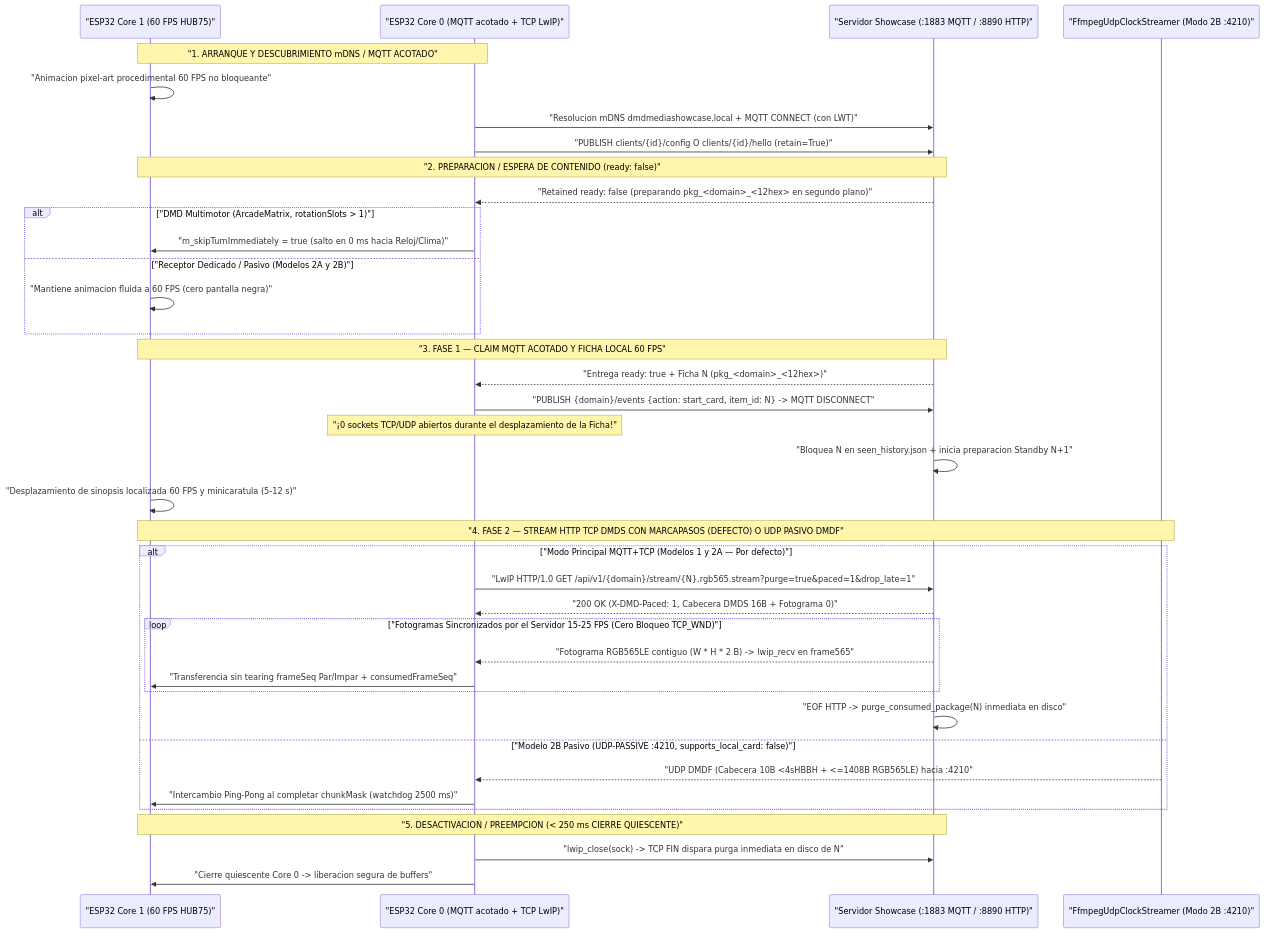
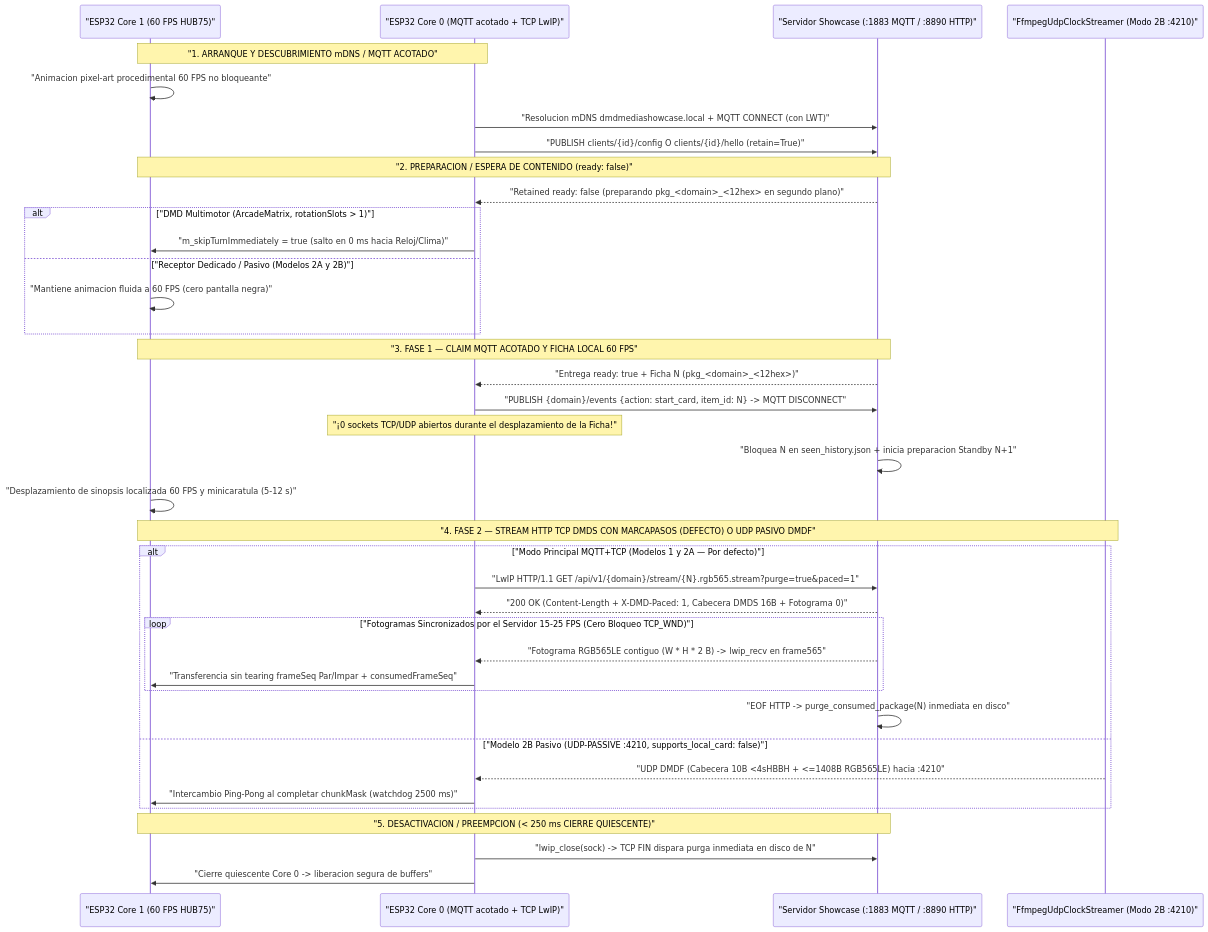
Before and after one commit to red77290/dmd_media_showcase: the first of 2 diagrams in docs/ESP32_INTEGRATION_ES.md, drawn with Mermaid. The commit also changed other lines of this file and 15 other files, not shown here.

Commit message:
docs(esp32): align raw LwIP DMDS TCP examples with unchunked Content-Length (?purge=true&paced=1)

````diff
--- a/docs/ESP32_INTEGRATION_ES.md
+++ b/docs/ESP32_INTEGRATION_ES.md
@@ -142,45 +142,45 @@
 ```mermaid
 sequenceDiagram
     participant C1 as "ESP32 Core 1 (60 FPS HUB75)"
     participant C0 as "ESP32 Core 0 (MQTT acotado + TCP LwIP)"
     participant SRV as "Servidor Showcase (:1883 MQTT / :8890 HTTP)"
     participant UDP as "FfmpegUdpClockStreamer (Modo 2B :4210)"
 
     Note over C1,C0: "1. ARRANQUE Y DESCUBRIMIENTO mDNS / MQTT ACOTADO"
     C1->>C1: "Animacion pixel-art procedimental 60 FPS no bloqueante"
     C0->>SRV: "Resolucion mDNS dmdmediashowcase.local + MQTT CONNECT (con LWT)"
     C0->>SRV: "PUBLISH clients/{id}/config O clients/{id}/hello (retain=True)"
 
     Note over C1,SRV: "2. PREPARACION / ESPERA DE CONTENIDO (ready: false)"
     SRV-->>C0: "Retained ready: false (preparando pkg_<domain>_<12hex> en segundo plano)"
     alt "DMD Multimotor (ArcadeMatrix, rotationSlots > 1)"
         C0->>C1: "m_skipTurnImmediately = true (salto en 0 ms hacia Reloj/Clima)"
     else "Receptor Dedicado / Pasivo (Modelos 2A y 2B)"
         C1->>C1: "Mantiene animacion fluida a 60 FPS (cero pantalla negra)"
     end
 
     Note over C1,SRV: "3. FASE 1 — CLAIM MQTT ACOTADO Y FICHA LOCAL 60 FPS"
     SRV-->>C0: "Entrega ready: true + Ficha N (pkg_<domain>_<12hex>)"
     C0->>SRV: "PUBLISH {domain}/events {action: start_card, item_id: N} -> MQTT DISCONNECT"
     Note over C0: "¡0 sockets TCP/UDP abiertos durante el desplazamiento de la Ficha!"
     SRV->>SRV: "Bloquea N en seen_history.json + inicia preparacion Standby N+1"
     C1->>C1: "Desplazamiento de sinopsis localizada 60 FPS y minicaratula (5-12 s)"
 
     Note over C1,UDP: "4. FASE 2 — STREAM HTTP TCP DMDS CON MARCAPASOS (DEFECTO) O UDP PASIVO DMDF"
     alt "Modo Principal MQTT+TCP (Modelos 1 y 2A — Por defecto)"
-        C0->>SRV: "LwIP HTTP/1.0 GET /api/v1/{domain}/stream/{N}.rgb565.stream?purge=true&paced=1&drop_late=1"
-        SRV-->>C0: "200 OK (X-DMD-Paced: 1, Cabecera DMDS 16B + Fotograma 0)"
+        C0->>SRV: "LwIP HTTP/1.1 GET /api/v1/{domain}/stream/{N}.rgb565.stream?purge=true&paced=1"
+        SRV-->>C0: "200 OK (Content-Length + X-DMD-Paced: 1, Cabecera DMDS 16B + Fotograma 0)"
         loop "Fotogramas Sincronizados por el Servidor 15-25 FPS (Cero Bloqueo TCP_WND)"
             SRV-->>C0: "Fotograma RGB565LE contiguo (W * H * 2 B) -> lwip_recv en frame565"
             C0->>C1: "Transferencia sin tearing frameSeq Par/Impar + consumedFrameSeq"
         end
         SRV->>SRV: "EOF HTTP -> purge_consumed_package(N) inmediata en disco"
     else "Modelo 2B Pasivo (UDP-PASSIVE :4210, supports_local_card: false)"
         UDP-->>C0: "UDP DMDF (Cabecera 10B <4sHBBH + <=1408B RGB565LE) hacia :4210"
         C0->>C1: "Intercambio Ping-Pong al completar chunkMask (watchdog 2500 ms)"
     end
 
     Note over C1,SRV: "5. DESACTIVACION / PREEMPCION (< 250 ms CIERRE QUIESCENTE)"
     C0->>SRV: "lwip_close(sock) -> TCP FIN dispara purga inmediata en disco de N"
     C0->>C1: "Cierre quiescente Core 0 -> liberacion segura de buffers"
 ```
````
